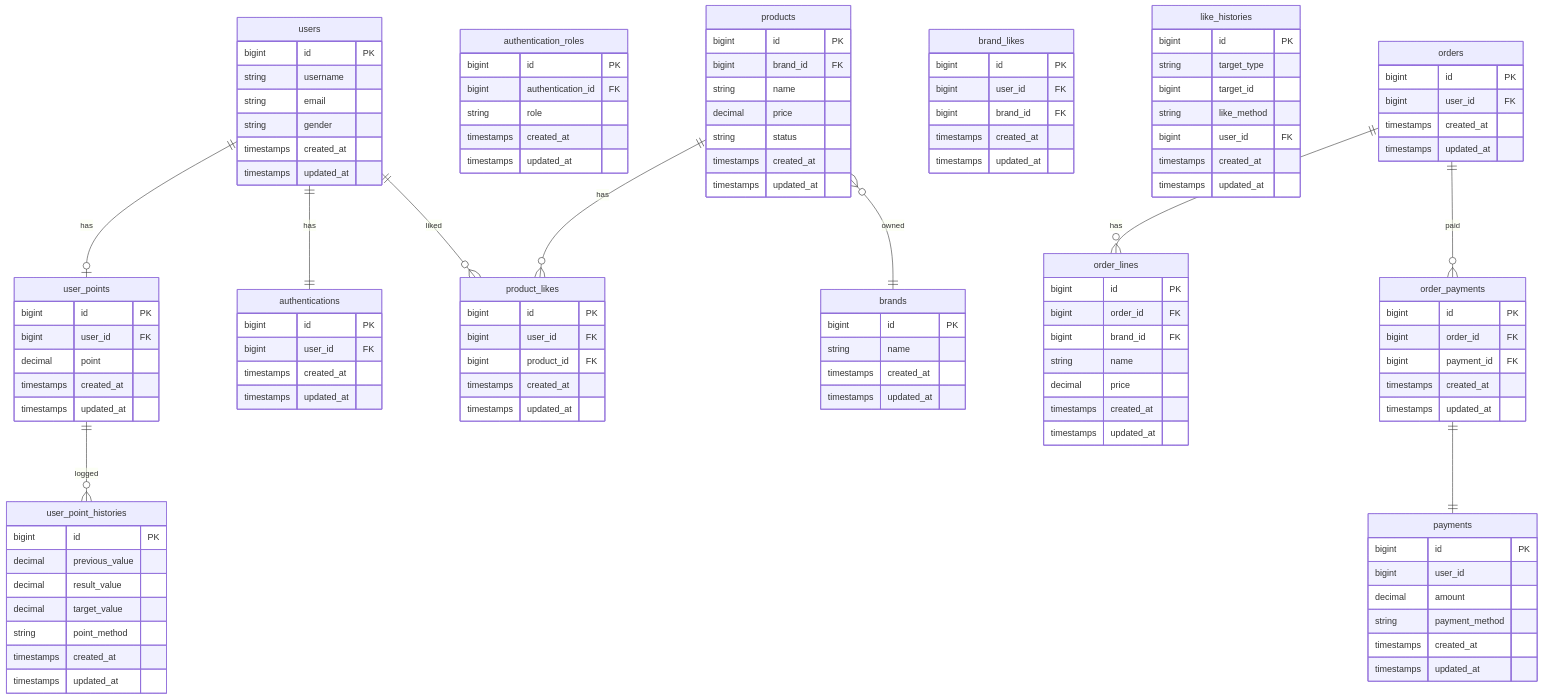
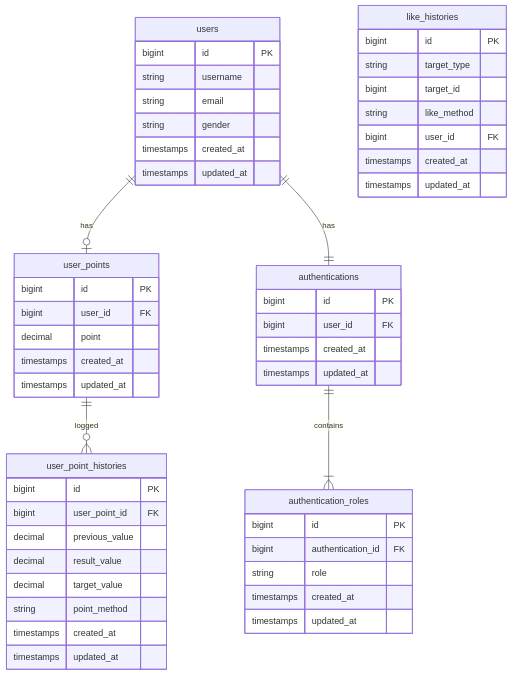
Before and after one commit to jsween5723/loopers-spring-kotlin-template: the first of 5 diagrams in docs/04-erd.md, drawn with Mermaid.

Commit message:
docs(erd): sku 추가 및 가독성 개선

````diff
--- a/docs/04-erd.md
+++ b/docs/04-erd.md
@@ -17,6 +17,7 @@
     }
     user_point_histories {
         bigint id PK
+        bigint user_point_id FK
         decimal previous_value
         decimal result_value
         decimal target_value
@@ -37,35 +38,7 @@
         timestamps created_at
         timestamps updated_at
     }
-    brands {
-        bigint id PK
-        string name
-        timestamps created_at
-        timestamps updated_at
-    }
-    products {
-        bigint id PK
-        bigint brand_id FK
-        string name
-        decimal price
-        string status
-        timestamps created_at
-        timestamps updated_at
-    }
-    product_likes {
-        bigint id PK
-        bigint user_id FK
-        bigint product_id FK
-        timestamps created_at
-        timestamps updated_at
-    }
-    brand_likes {
-        bigint id PK
-        bigint user_id FK
-        bigint brand_id FK
-        timestamps created_at
-        timestamps updated_at
-    }
+
     like_histories {
         bigint id PK
         string target_type
@@ -75,43 +48,8 @@
         timestamps created_at
         timestamps updated_at
     }
-    orders {
-        bigint id PK
-        bigint user_id FK
-        timestamps created_at
-        timestamps updated_at
-    }
-    order_lines {
-        bigint id PK
-        bigint order_id FK
-        bigint brand_id FK
-        string name
-        decimal price
-        timestamps created_at
-        timestamps updated_at
-    }
-    order_payments {
-        bigint id PK
-        bigint order_id FK
-        bigint payment_id FK
-        timestamps created_at
-        timestamps updated_at
-    }
-    payments {
-        bigint id PK
-        bigint user_id
-        decimal amount
-        string payment_method
-        timestamps created_at
-        timestamps updated_at
-    }
     users ||--o| user_points : has
     users ||--|| authentications : has
-    users ||--o{ product_likes: liked
-    products ||--o{ product_likes: has
-    products }o--|| brands: owned
+    authentications ||--|{ authentication_roles : contains
     user_points ||--o{ user_point_histories: logged
-    orders ||--o{ order_lines: has
-    orders ||--o{ order_payments: paid
-    order_payments ||--|| payments: ""
 ```
````
